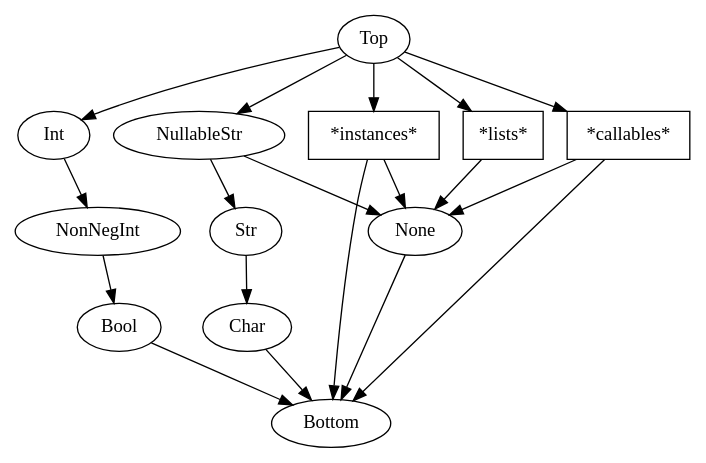
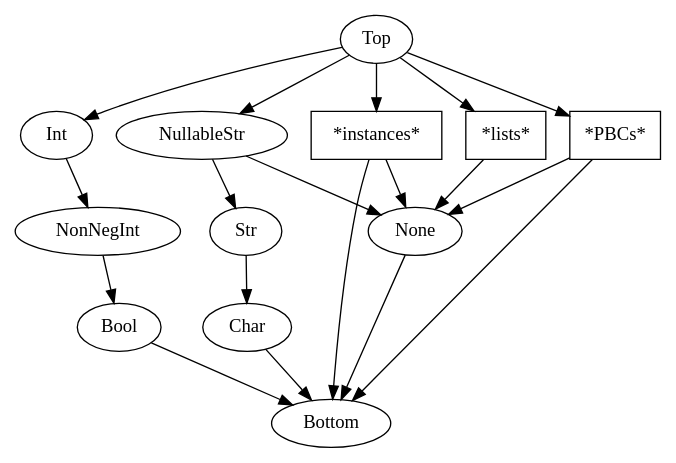
Before and after one commit to pypy/pypy: the diagram in pypy/doc/image/lattice1.dot, drawn with Graphviz.

Commit message:
change lattice1 to match the version in the draft file

```diff
--- a/pypy/doc/image/lattice1.dot
+++ b/pypy/doc/image/lattice1.dot
@@ -1,14 +1,14 @@
 digraph lattice {
     Top -> NullableStr -> Str -> Char -> Bottom;
     Top -> Int -> NonNegInt -> Bool -> Bottom;
     Top -> "*instances*" -> Bottom;
     "*instances*" -> None;
     NullableStr -> None;
-    Top -> "*callables*" -> Bottom;
-    "*callables*" -> None;
+    Top -> "*PBCs*" -> Bottom;
+    "*PBCs*" -> None;
     Top -> "*lists*" -> None -> Bottom;
 
     "*lists*" [shape=box];
     "*instances*" [shape=box];
-    "*callables*" [shape=box];
+    "*PBCs*" [shape=box];
 }
```
